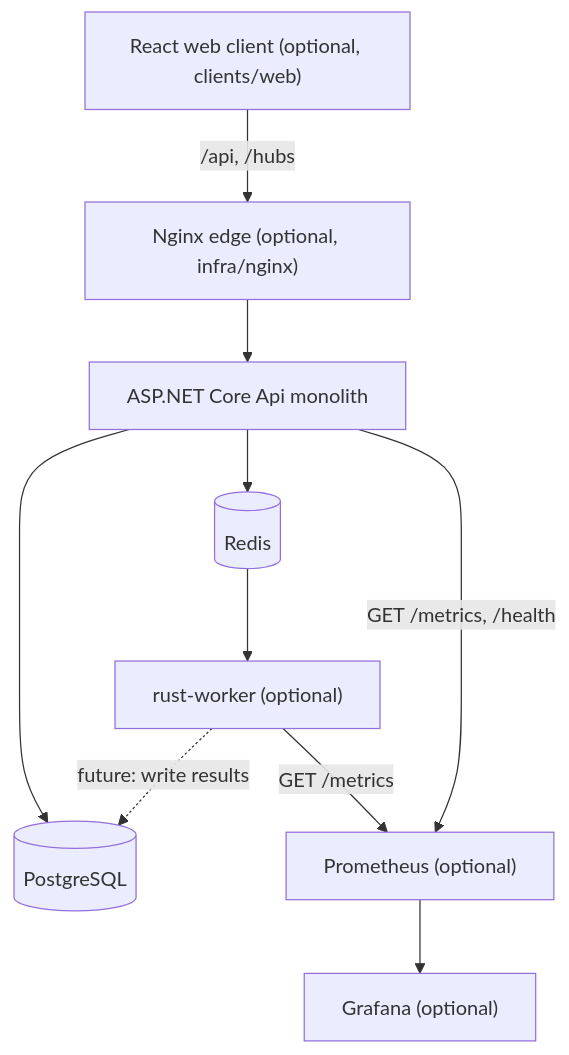
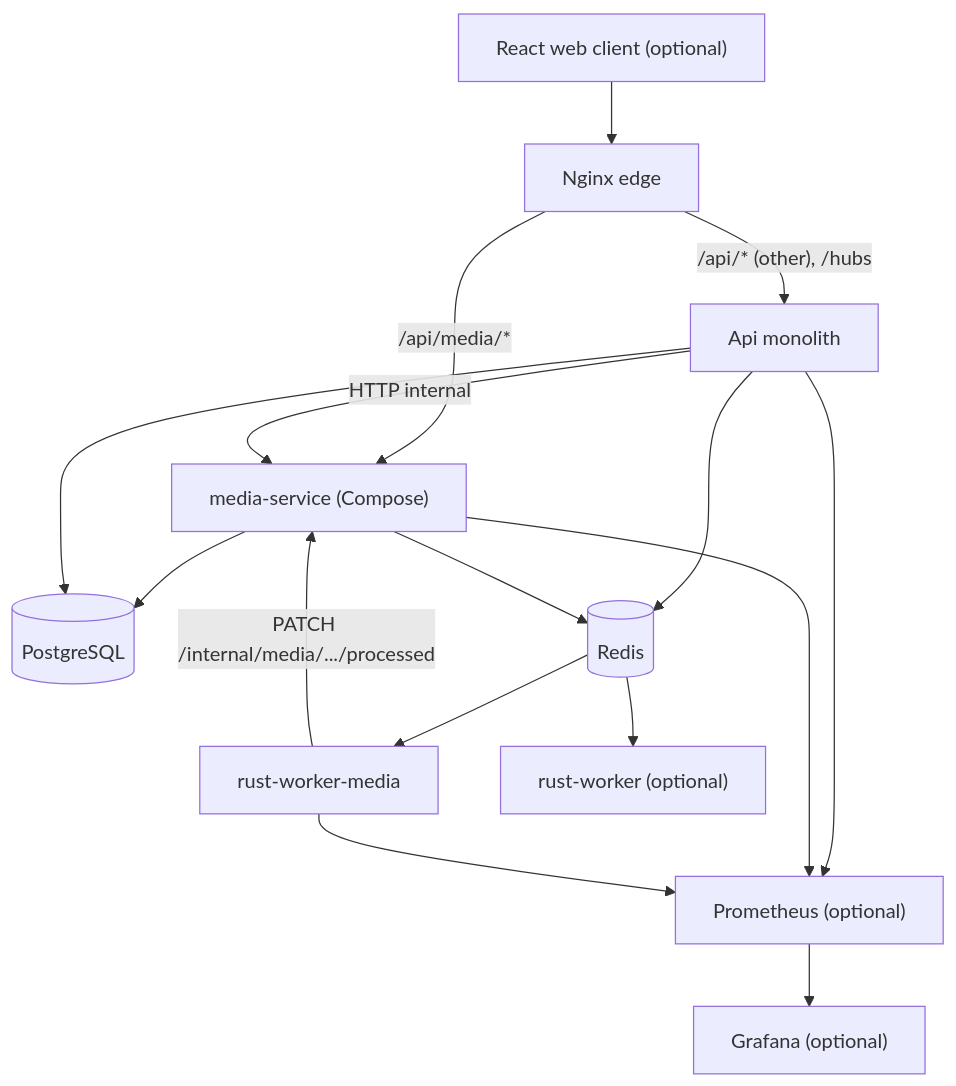
Before and after one commit to Atsilut/Tangle-study: the first of 2 diagrams in docs/ARCHITECTURE.md, drawn with Mermaid. The commit also changed other lines of this file and 5 other files, not shown here.

First line of the commit message:
docs: record Media extraction status in Compose and pending Azure cutover

````diff
--- a/docs/ARCHITECTURE.md
+++ b/docs/ARCHITECTURE.md
@@ -13,21 +15,29 @@
 ```mermaid
 flowchart TB
-  Web["React web client (optional, clients/web)"]
-  Nginx["Nginx edge (optional, infra/nginx)"]
-  API["ASP.NET Core Api monolith"]
+  Web["React web client (optional)"]
+  Nginx["Nginx edge"]
+  API["Api monolith"]
+  Media["media-service (Compose)"]
   PG[(PostgreSQL)]
   Redis[(Redis)]
+  WorkerMedia["rust-worker-media"]
   Worker["rust-worker (optional)"]
   Prom["Prometheus (optional)"]
   Graf["Grafana (optional)"]
 
-  Web -->|"/api, /hubs"| Nginx
-  Nginx --> API
+  Web --> Nginx
+  Nginx -->|"/api/media/*"| Media
+  Nginx -->|"/api/* (other), /hubs"| API
+  API -->|HTTP internal| Media
+  Media --> PG
   API --> PG
   API --> Redis
+  Media --> Redis
+  Redis --> WorkerMedia
   Redis --> Worker
-  Worker -.->|"future: write results"| PG
-  API -->|"GET /metrics, /health"| Prom
-  Worker -->|"GET /metrics"| Prom
+  WorkerMedia -->|PATCH /internal/media/.../processed| Media
+  API --> Prom
+  Media --> Prom
+  WorkerMedia --> Prom
   Prom --> Graf
 ```
````
